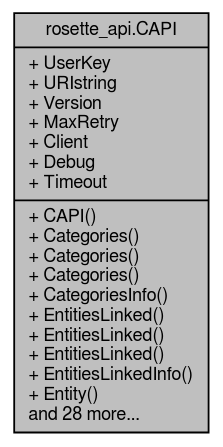
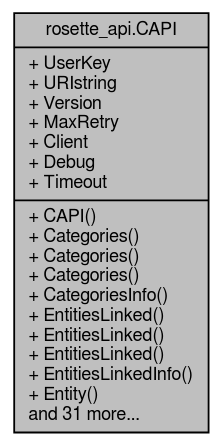
One commit to rosette-api/csharp changed the diagram in classrosette__api_1_1CAPI__coll__graph.dot. Above: the diagram before and after it, drawn with Graphviz. The commit also changed 30 other files, not shown here.

```diff
--- a/classrosette__api_1_1CAPI__coll__graph.dot
+++ b/classrosette__api_1_1CAPI__coll__graph.dot
@@ -1,7 +1,7 @@
 digraph "rosette_api.CAPI"
 {
   bgcolor="transparent";
   edge [fontname="FreeSans",fontsize="10",labelfontname="FreeSans",labelfontsize="10"];
   node [fontname="FreeSans",fontsize="10",shape=record];
-  Node1 [label="{rosette_api.CAPI\n|+ UserKey\l+ URIstring\l+ Version\l+ MaxRetry\l+ Client\l+ Debug\l+ Timeout\l|+ CAPI()\l+ Categories()\l+ Categories()\l+ Categories()\l+ CategoriesInfo()\l+ EntitiesLinked()\l+ EntitiesLinked()\l+ EntitiesLinked()\l+ EntitiesLinkedInfo()\l+ Entity()\land 28 more...\l}",height=0.2,width=0.4,color="black", fillcolor="grey75", style="filled", fontcolor="black"];
+  Node1 [label="{rosette_api.CAPI\n|+ UserKey\l+ URIstring\l+ Version\l+ MaxRetry\l+ Client\l+ Debug\l+ Timeout\l|+ CAPI()\l+ Categories()\l+ Categories()\l+ Categories()\l+ CategoriesInfo()\l+ EntitiesLinked()\l+ EntitiesLinked()\l+ EntitiesLinked()\l+ EntitiesLinkedInfo()\l+ Entity()\land 31 more...\l}",height=0.2,width=0.4,color="black", fillcolor="grey75", style="filled", fontcolor="black"];
 }
```
